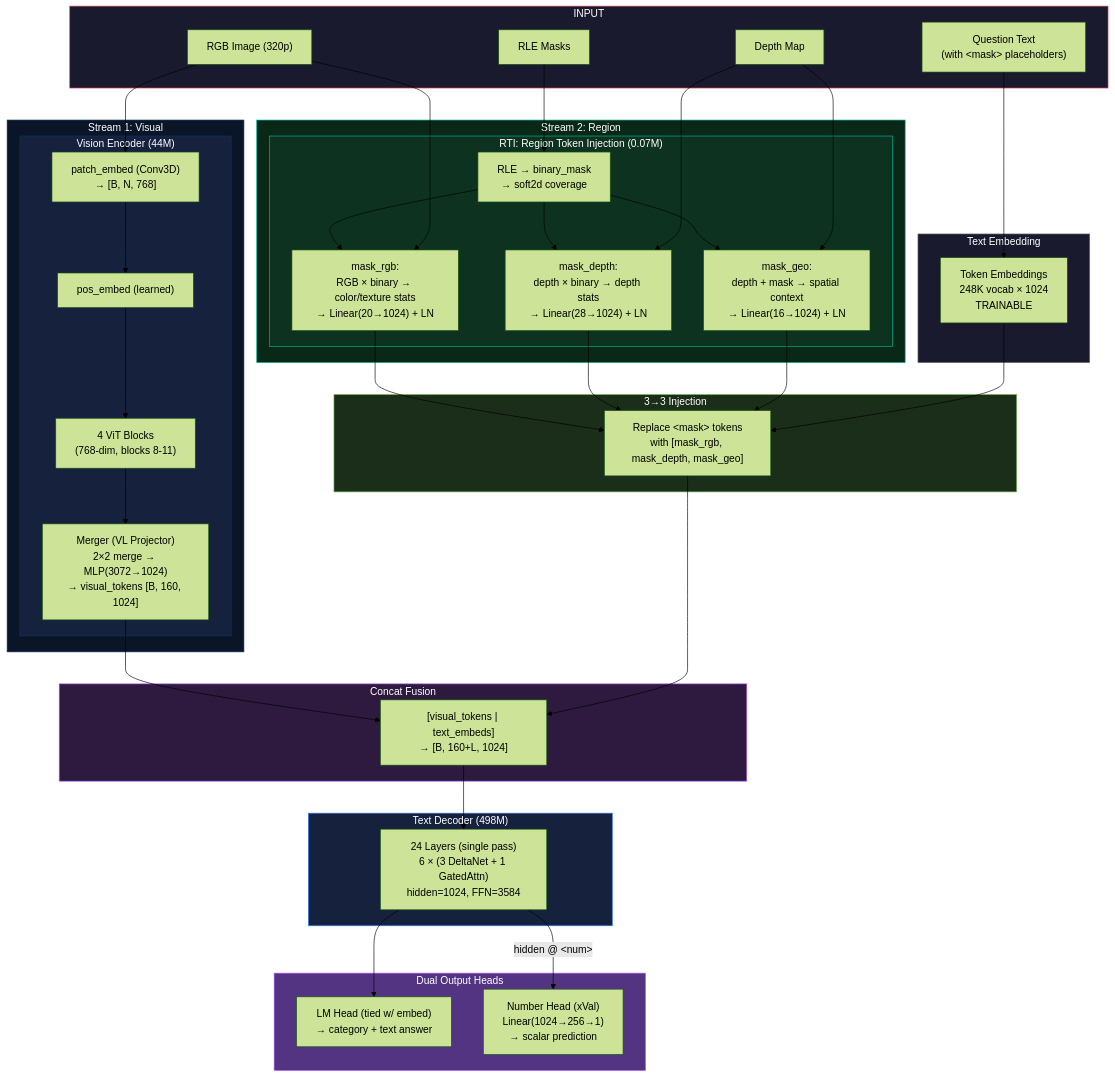
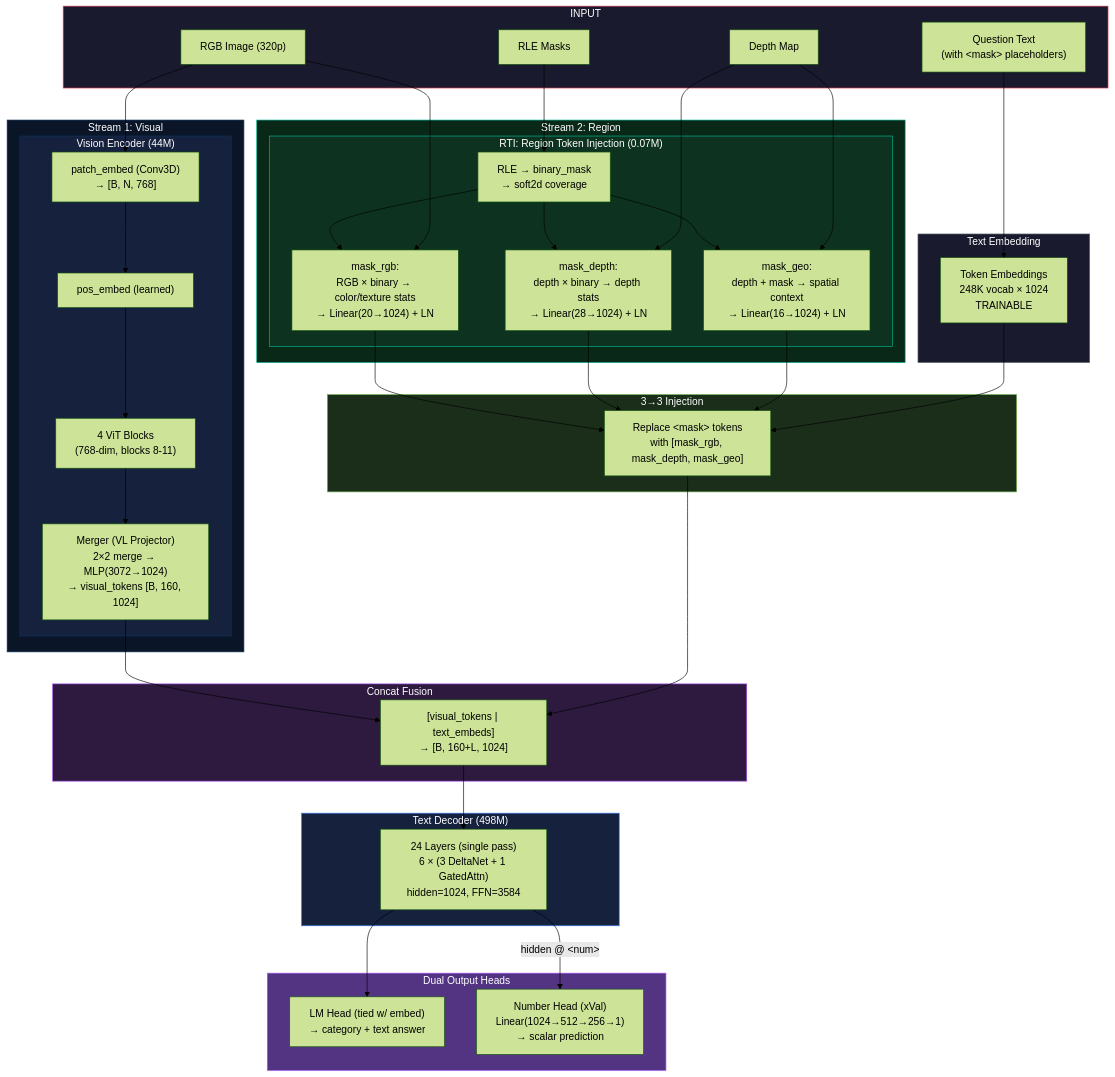
One commit to ZenHKD/Thesis changed the diagram in model_micro/architecture_micro.md. Above: the diagram before and after it, drawn with Mermaid (forest theme). The commit also changed other lines of this file and 5 other files, not shown here.

Commit message:
Refine architecture again

````diff
--- a/model_micro/architecture_micro.md
+++ b/model_micro/architecture_micro.md
@@ -146,75 +146,75 @@
 ```mermaid
 flowchart TB
     subgraph INPUT["INPUT"]
         Q["Question Text\n(with &lt;mask&gt; placeholders)"]
         RGB["RGB Image (320p)"]
         D["Depth Map"]
         RLE["RLE Masks"]
     end
 
     subgraph STREAM1["Stream 1: Visual"]
         subgraph VISION["Vision Encoder (44M)"]
             PE["patch_embed (Conv3D)\n→ [B, N, 768]"]
             POS["pos_embed (learned)"]
             VIT["4 ViT Blocks\n(768-dim, blocks 8-11)"]
             MG["Merger (VL Projector)\n2×2 merge → MLP(3072→1024)\n→ visual_tokens [B, 160, 1024]"]
             PE --> POS --> VIT --> MG
         end
     end
 
     subgraph STREAM2["Stream 2: Region"]
         subgraph RTI["RTI: Region Token Injection (0.07M)"]
             SOFT["RLE → binary_mask\n→ soft2d coverage"]
             MRGB["mask_rgb:\nRGB × binary → color/texture stats\n→ Linear(20→1024) + LN"]
             MDEP["mask_depth:\ndepth × binary → depth stats\n→ Linear(28→1024) + LN"]
             MGEO["mask_geo:\ndepth + mask → spatial context\n→ Linear(16→1024) + LN"]
             SOFT --> MRGB & MDEP & MGEO
         end
     end
 
     subgraph EMBED["Text Embedding"]
         EMB["Token Embeddings\n248K vocab × 1024\nTRAINABLE"]
     end
 
     subgraph INJECT["3→3 Injection"]
         INJ["Replace &lt;mask&gt; tokens\nwith [mask_rgb, mask_depth, mask_geo]"]
     end
 
     subgraph FUSION["Concat Fusion"]
         CAT["[visual_tokens | text_embeds]\n→ [B, 160+L, 1024]"]
     end
 
     subgraph DECODER["Text Decoder (498M)"]
         DEC["24 Layers (single pass)\n6 × (3 DeltaNet + 1 GatedAttn)\nhidden=1024, FFN=3584"]
     end
 
     subgraph HEADS["Dual Output Heads"]
         LM["LM Head (tied w/ embed)\n→ category + text answer"]
-        NUM["Number Head (xVal)\nLinear(1024→256→1)\n→ scalar prediction"]
+        NUM["Number Head (xVal)\nLinear(1024→512→256→1)\n→ scalar prediction"]
     end
 
     RGB --> PE
     RGB --> MRGB
     D --> MDEP & MGEO
     RLE --> SOFT
     Q --> EMB
 
     MG --> CAT
     MRGB & MDEP & MGEO --> INJ
     EMB --> INJ --> CAT
     CAT --> DEC
 
     DEC --> LM
     DEC -->|"hidden @ &lt;num&gt;"| NUM
 
     style INPUT fill:#1a1a2e,stroke:#e94560,color:#fff
     style STREAM1 fill:#0a1628,stroke:#0f3460,color:#fff
     style STREAM2 fill:#0a2818,stroke:#00b894,color:#fff
     style VISION fill:#16213e,stroke:#0f3460,color:#fff
     style RTI fill:#0d3320,stroke:#00b894,color:#fff
     style EMBED fill:#1a1a2e,stroke:#636e72,color:#fff
     style INJECT fill:#1a2e1a,stroke:#6ab04c,color:#fff
     style FUSION fill:#2d1a3e,stroke:#a855f7,color:#fff
     style DECODER fill:#16213e,stroke:#3b82f6,color:#fff
     style HEADS fill:#533483,stroke:#a855f7,color:#fff
 ```
````
